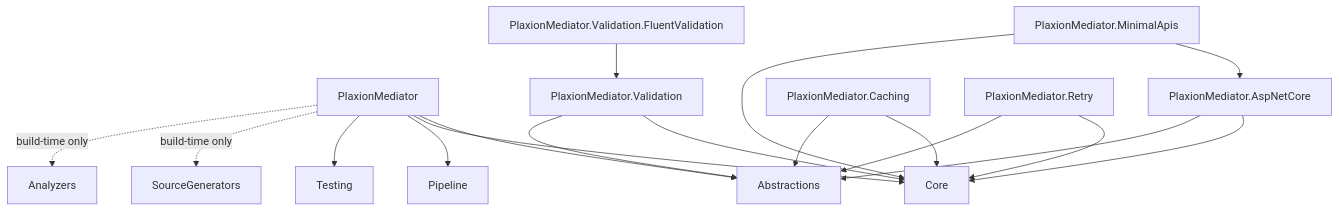
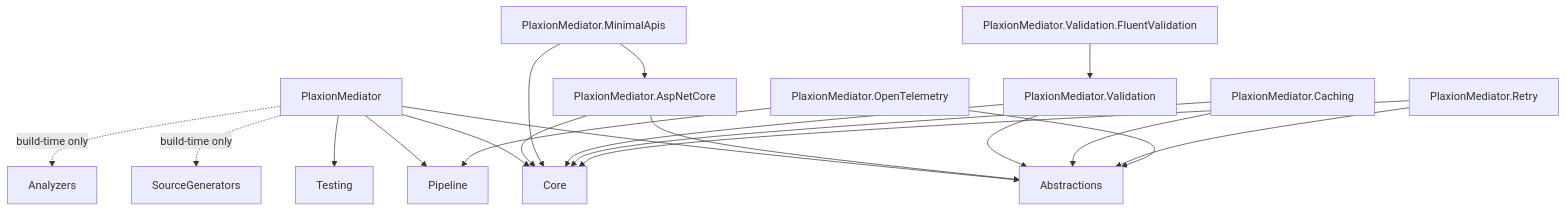
The diagram in docs/wiki/Packages-Overview.md (avmp2208/PlaxionMediator), drawn with Mermaid before and after one commit. The commit also changed other lines of this file and 31 other files, not shown here.

````diff
--- a/docs/wiki/Packages-Overview.md
+++ b/docs/wiki/Packages-Overview.md
@@ -30,20 +31,22 @@
 ```mermaid
 graph TD
     DI[PlaxionMediator] --> Abstractions
     DI --> Core
     DI --> Pipeline
     DI --> Testing
     DI -. build-time only .-> SourceGenerators
     DI -. build-time only .-> Analyzers
     AspNetCore[PlaxionMediator.AspNetCore] --> Core
     AspNetCore --> Abstractions
     MinimalApis[PlaxionMediator.MinimalApis] --> AspNetCore
     MinimalApis --> Core
     Validation[PlaxionMediator.Validation] --> Core
     Validation --> Abstractions
     FluentValidation[PlaxionMediator.Validation.FluentValidation] --> Validation
     Caching[PlaxionMediator.Caching] --> Core
     Caching --> Abstractions
     Retry[PlaxionMediator.Retry] --> Core
     Retry --> Abstractions
+    OpenTelemetry[PlaxionMediator.OpenTelemetry] --> Abstractions
+    OpenTelemetry --> Pipeline
 ```
````
